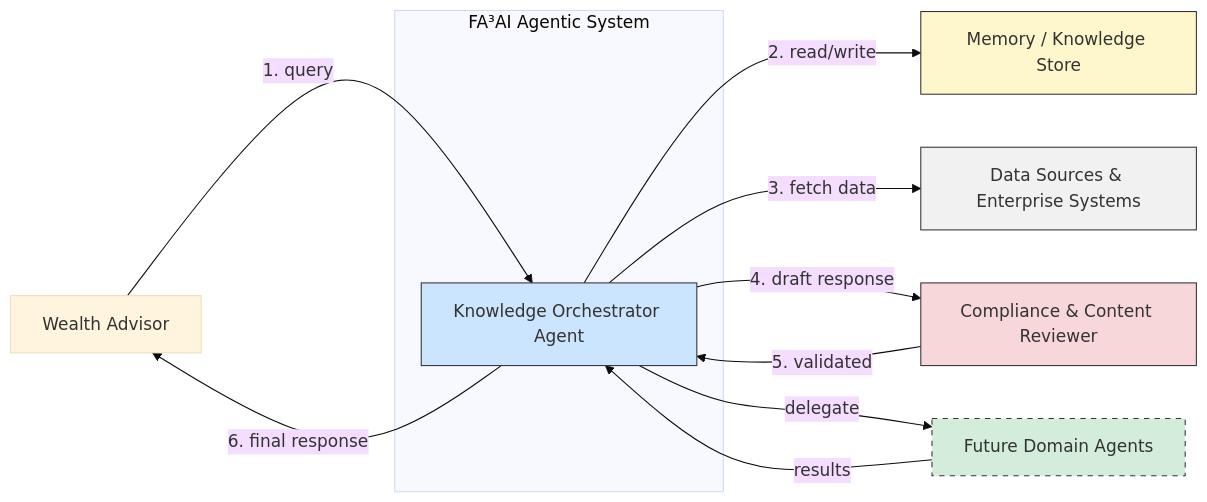
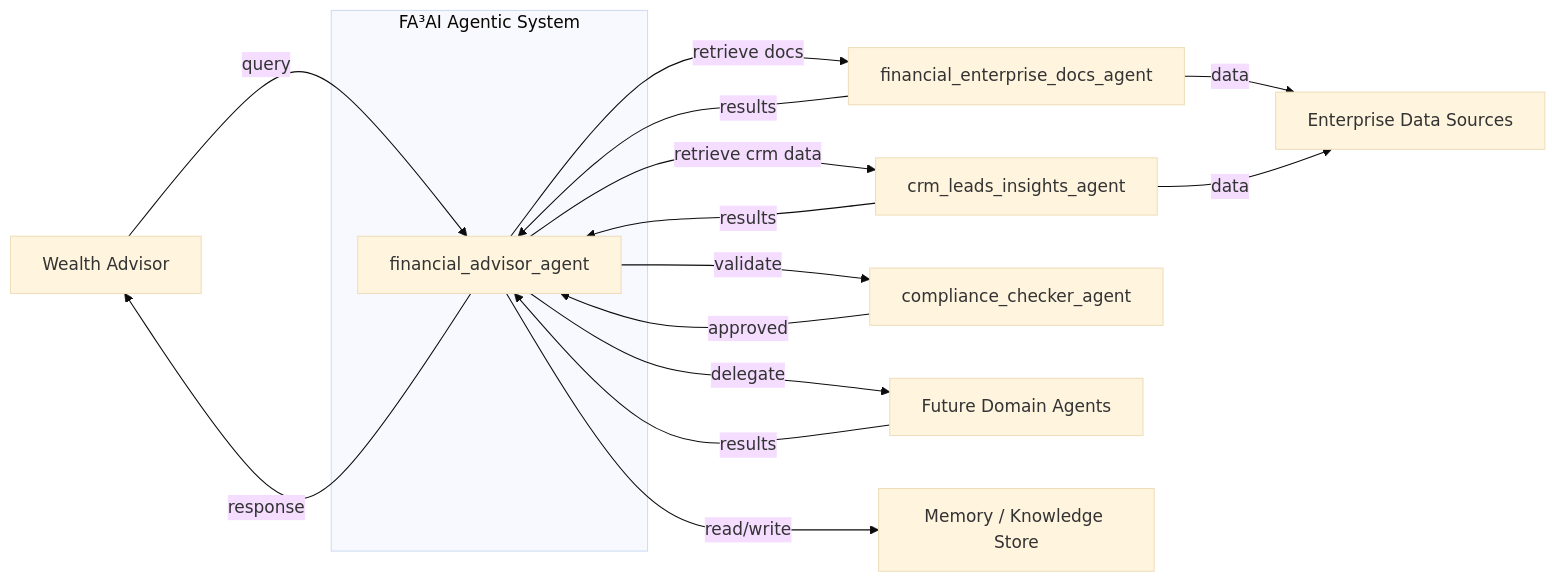
One commit to ankurkumarz/financial-advisor-agentic-assistant changed the diagram in README.md. Above: the diagram before and after it, drawn with Mermaid (base theme).

Commit message:
updated readme docs

````diff
--- a/README.md
+++ b/README.md
@@ -55,41 +55,45 @@
 ```mermaid
 graph LR
-  %% Actors
+  %% Actor
   U[Wealth Advisor]
 
   %% Core
   subgraph Core["FA³AI Agentic System"]
-    CA[Knowledge Orchestrator Agent]
+    FA_AG[financial_advisor_agent]
   end
 
-  %% Supporting components
-  M[Memory / Knowledge Store]
-  DS[Data Sources & Enterprise Systems]
-  R[Compliance & Content Reviewer]
+  %% Supporting Agents
+  FED[financial_enterprise_docs_agent]
+  CRM[crm_leads_insights_agent]
+  CC[compliance_checker_agent]
   FA[Future Domain Agents]
 
+  %% Data + Memory
+  M[Memory / Knowledge Store]
+  DS[Enterprise Data Sources]
+
   %% Flow
-  U -->|1. query| CA
-  CA -->|2. read/write| M
-  CA -->|3. fetch data| DS
-  CA -->|4. draft response| R
-  R -->|5. validated| CA
-  CA -->|6. final response| U
+  U -->|query| FA_AG
+  FA_AG -->|read/write| M
+  FA_AG -->|retrieve docs| FED
+  FA_AG -->|retrieve crm data| CRM
+  FA_AG -->|delegate| FA
 
-  %% Delegation
-  CA -->|delegate| FA
-  FA -->|results| CA
+  FED -->|data| DS
+  CRM -->|data| DS
 
-  %% Styling (keeps it minimal)
+  FED -->|results| FA_AG
+  CRM -->|results| FA_AG
+  FA -->|results| FA_AG
+
+  FA_AG -->|validate| CC
+  CC -->|approved| FA_AG
+
+  FA_AG -->|response| U
+
+  %% Styling
   classDef core fill:#cce5ff,stroke:#333;
   classDef mem fill:#fff7cc,stroke:#333;
   classDef ds fill:#f1f1f1,stroke:#333;
-  classDef rev fill:#f8d7da,stroke:#333;
-  classDef future fill:#d4edda,stroke:#333,stroke-dasharray:5 5;
-
-  class CA core;
-  class M mem;
-  class DS ds;
-  class R rev;
-  class FA future;
+  classDef rev fill:#f8d7da,str
 ```
````
